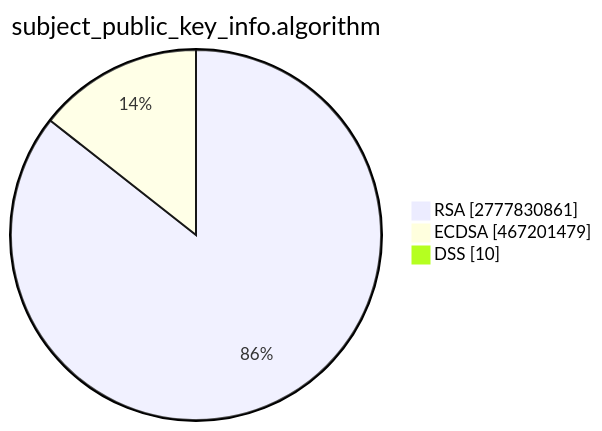
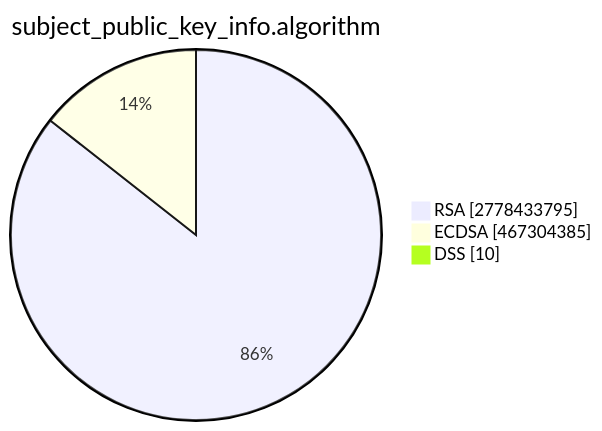
One commit to christiankrug/ctmonitor_visualization changed the second of 15 diagrams in TOTAL/README.md. Above: the diagram before and after it, drawn with Mermaid. The commit also changed other lines of this file, not shown here.

````diff
--- a/TOTAL/README.md
+++ b/TOTAL/README.md
@@ -6,7 +6,7 @@
 ```mermaid
 pie showData
 title subject_public_key_info.algorithm
-"RSA" :2777830861
-"ECDSA" :467201479
+"RSA" :2778433795
+"ECDSA" :467304385
 "DSS" :10
 ```
````
